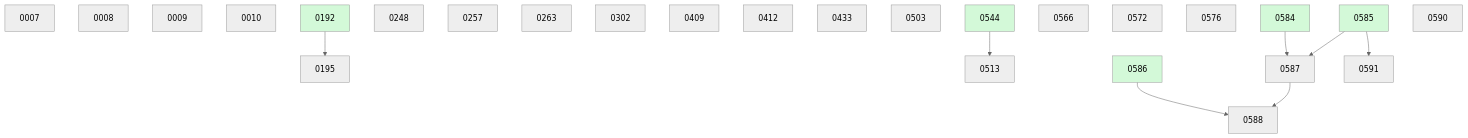
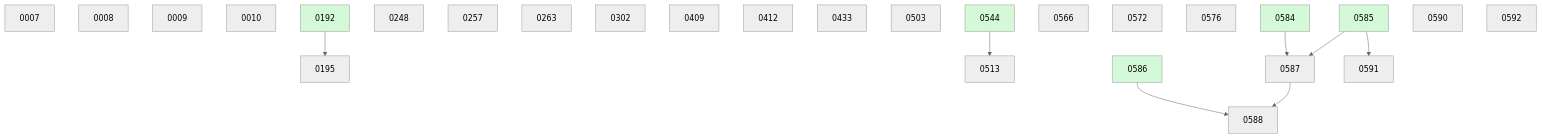
Before and after one commit to danielhanold/docket: the diagram in docs/changes/BOARD.md, drawn with Mermaid (neutral theme). The commit also changed other lines of this file and 1 other file, not shown here.

````diff
--- a/docs/changes/BOARD.md
+++ b/docs/changes/BOARD.md
@@ -41,32 +42,33 @@
 ```mermaid
 graph TD
   0007
   0008
   0009
   0010
   0192 --> 0195
   0248
   0257
   0263
   0302
   0409
   0412
   0433
   0503
   0544 --> 0513
   0566
   0572
   0576
   0584 --> 0587
   0585 --> 0587
   0586 --> 0588
   0587 --> 0588
   0590
   0585 --> 0591
+  0592
   0192:::done
   0544:::done
   0584:::done
   0585:::done
   0586:::done
   classDef done fill:#d3f9d8;
 ```
````
